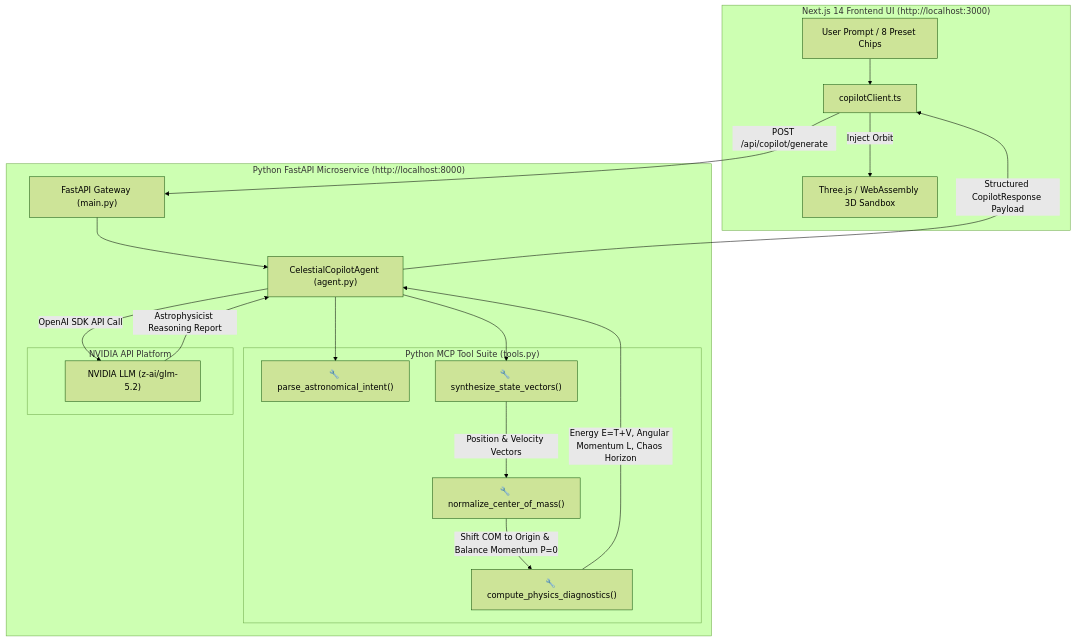
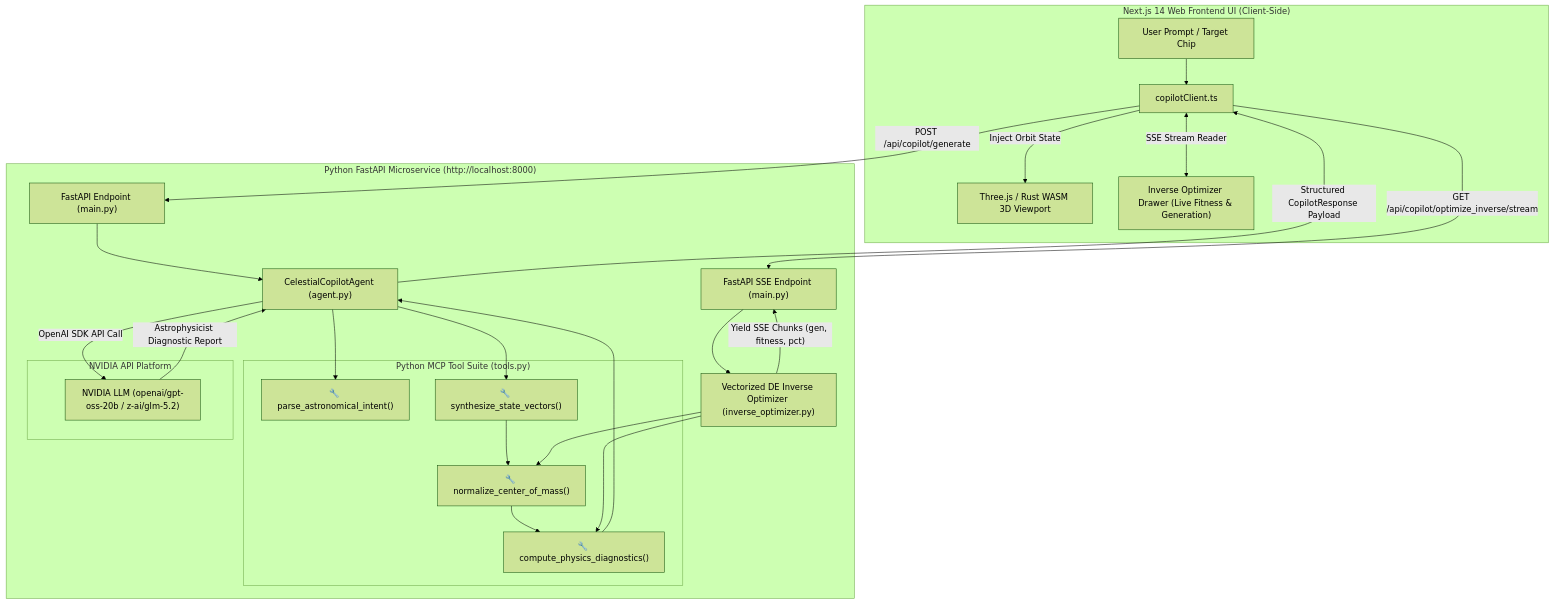
The first of 3 diagrams in README.md (Pranjalya/AstraChaos-3D), drawn with Mermaid (forest theme) before and after one commit. The commit also changed other lines of this file, not shown here.

Commit message:
docs: update README with technical architecture, ML inverse optimization formulas, and MCP tool suite

````diff
--- a/README.md
+++ b/README.md
@@ -48,34 +106,42 @@
 ```mermaid
 graph TD
-    subgraph Client ["Next.js 14 Frontend UI (http://localhost:3000)"]
-        PromptInput["User Prompt / 8 Preset Chips"] --> ClientAPI["copilotClient.ts"]
-        ClientAPI -->|Inject Orbit| Canvas3D["Three.js / WebAssembly 3D Sandbox"]
+    subgraph Client ["Next.js 14 Web Frontend UI (Client-Side)"]
+        UserPrompt["User Prompt / Target Chip"] --> ClientAPI["copilotClient.ts"]
+        ClientAPI -->|Inject Orbit State| WASMCanvas["Three.js / Rust WASM 3D Viewport"]
+        ClientAPI <-->|SSE Stream Reader| ProgressDrawer["Inverse Optimizer Drawer (Live Fitness & Generation)"]
     end
 
     subgraph Backend ["Python FastAPI Microservice (http://localhost:8000)"]
-        ClientAPI -->|POST /api/copilot/generate| FastAPIServer["FastAPI Gateway (main.py)"]
-        FastAPIServer --> Agent["CelestialCopilotAgent (agent.py)"]
-        
+        ClientAPI -->|POST /api/copilot/generate| FastAPIGateway["FastAPI Endpoint (main.py)"]
+        ClientAPI -->|GET /api/copilot/optimize_inverse/stream| SSEEndpoint["FastAPI SSE Endpoint (main.py)"]
+
+        FastAPIGateway --> Agent["CelestialCopilotAgent (agent.py)"]
+        SSEEndpoint --> OptimizerEngine["Vectorized DE Inverse Optimizer (inverse_optimizer.py)"]
+
         subgraph ToolSuite ["Python MCP Tool Suite (tools.py)"]
             T1["🔧 parse_astronomical_intent()"]
             T2["🔧 synthesize_state_vectors()"]
             T3["🔧 normalize_center_of_mass()"]
             T4["🔧 compute_physics_diagnostics()"]
         end
-        
+
         Agent --> T1
         Agent --> T2
-        T2 -->|"Position & Velocity Vectors"| T3
-        T3 -->|"Shift COM to Origin & Balance Momentum P=0"| T4
-        T4 -->|"Energy E=T+V, Angular Momentum L, Chaos Horizon"| Agent
+        T2 --> T3
+        T3 --> T4
+        T4 --> Agent
+
+        OptimizerEngine --> T3
+        OptimizerEngine --> T4
 
         subgraph ExternalLLM ["NVIDIA API Platform"]
-            LLMModel["NVIDIA LLM (z-ai/glm-5.2)"]
+            LLMModel["NVIDIA LLM (openai/gpt-oss-20b / z-ai/glm-5.2)"]
         end
 
         Agent -->|"OpenAI SDK API Call"| LLMModel
-        LLMModel -->|"Astrophysicist Reasoning Report"| Agent
+        LLMModel -->|"Astrophysicist Diagnostic Report"| Agent
     end
 
     Agent -->|"Structured CopilotResponse Payload"| ClientAPI
+    OptimizerEngine -->|"Yield SSE Chunks (gen, fitness, pct)"| SSEEndpoint
 ```
````
